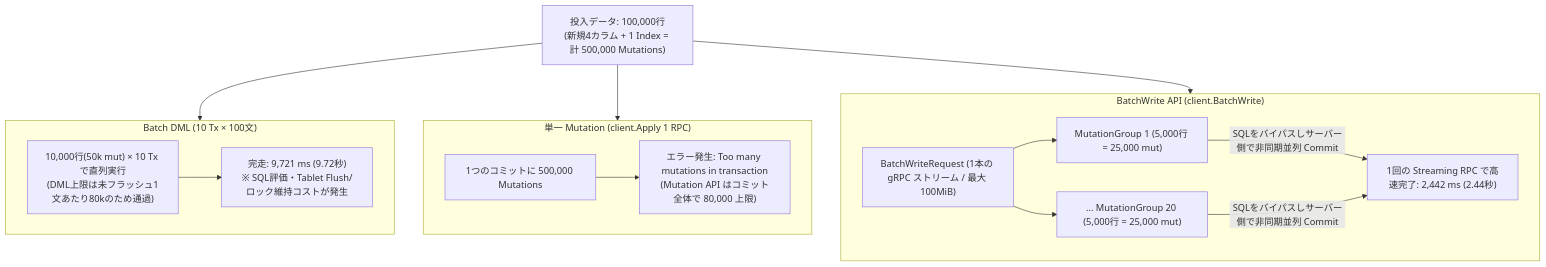
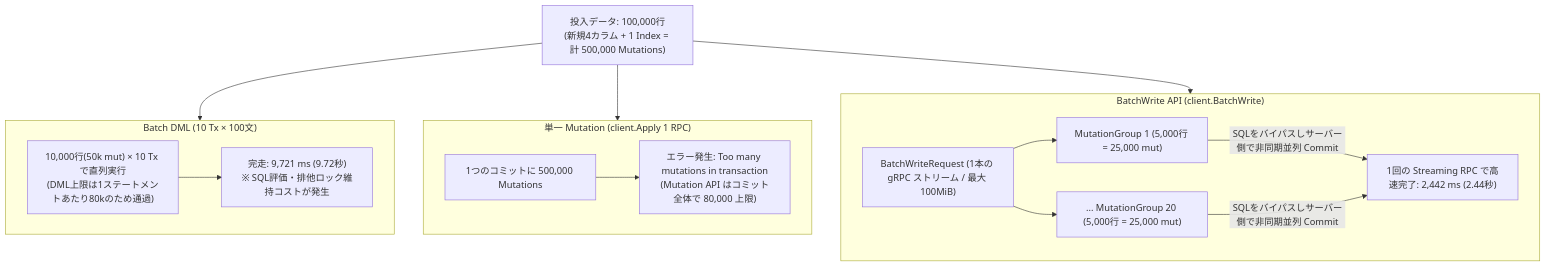
The fourth of 6 diagrams in articles/7aad16e9b5760d.md (michity15169/zenn-content), drawn with Mermaid before and after one commit. The commit also changed other lines of this file, not shown here.

````diff
--- a/articles/7aad16e9b5760d.md
+++ b/articles/7aad16e9b5760d.md
@@ -409,28 +409,28 @@
 ```mermaid
 flowchart TD
     Data["投入データ: 100,000行\n(新規4カラム + 1 Index = 計 500,000 Mutations)"]
 
     subgraph BatchDML100k ["Batch DML (10 Tx × 100文)"]
-        DMLStmts["10,000行(50k mut) × 10 Tx で直列実行\n(DML上限は未フラッシュ1文あたり80kのため通過)"]
-        DMLDone["完走: 9,721 ms (9.72秒)\n※ SQL評価・Tablet Flush/ロック維持コストが発生"]
+        DMLStmts["10,000行(50k mut) × 10 Tx で直列実行\n(DML上限は1ステートメントあたり80kのため通過)"]
+        DMLDone["完走: 9,721 ms (9.72秒)\n※ SQL評価・排他ロック維持コストが発生"]
         DMLStmts --> DMLDone
     end
 
     subgraph SingleApply ["単一 Mutation (client.Apply 1 RPC)"]
         TxSingle["1つのコミットに 500,000 Mutations"]
         Err["エラー発生: Too many mutations in transaction\n(Mutation API はコミット全体で 80,000 上限)"]
         TxSingle --> Err
     end
 
     subgraph BatchWriteAPI ["BatchWrite API (client.BatchWrite)"]
         Stream["BatchWriteRequest (1本の gRPC ストリーム / 最大 100MiB)"]
         MG1["MutationGroup 1 (5,000行 = 25,000 mut)"]
         MGN["... MutationGroup 20 (5,000行 = 25,000 mut)"]
         Stream --> MG1 & MGN
         MG1 & MGN -->|"SQLをバイパスしサーバー側で非同期並列 Commit"| BWDone["1回の Streaming RPC で高速完了: 2,442 ms (2.44秒)"]
     end
 
     Data --> BatchDML100k
     Data --> SingleApply
     Data --> BatchWriteAPI
 ```
````
